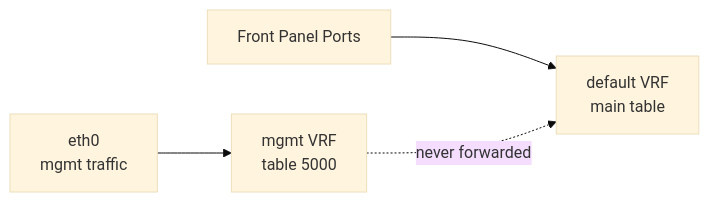
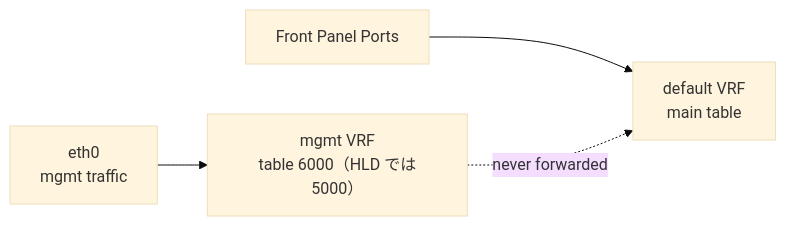
Before and after one commit to aoki-taquan/sonic-unofficial-docs: the diagram in docs/routing/sonic-management-vrf-design-document-201911-release.md, drawn with Mermaid (base theme). The commit also changed other lines of this file and 7 other files, not shown here.

````diff
--- a/docs/routing/sonic-management-vrf-design-document-201911-release.md
+++ b/docs/routing/sonic-management-vrf-design-document-201911-release.md
@@ -54,6 +54,6 @@
 ```mermaid
 flowchart LR
-    MGMT[eth0\n mgmt traffic] --> MV[mgmt VRF\n table 5000]
+    MGMT[eth0\n mgmt traffic] --> MV[mgmt VRF\n table 6000（HLD では 5000）]
     FPP[Front Panel Ports] --> DV[default VRF\n main table]
     MV -.->|never forwarded| DV
 ```
````
